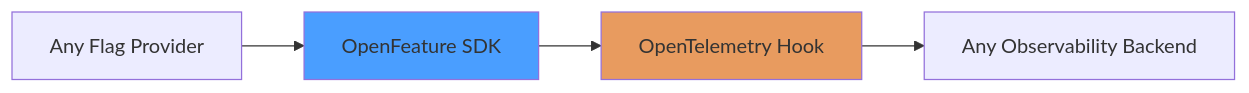
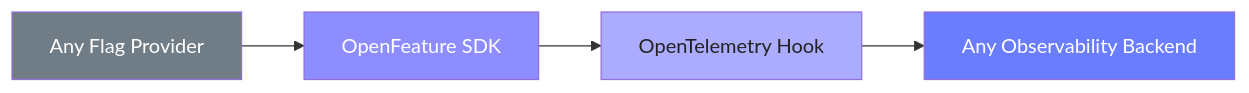
The third of 4 diagrams in slides.md (beeme1mr/kubecon-us-25-flag-observablity), drawn with Mermaid before and after one commit. The commit also changed other lines of this file and 11 other files, not shown here.

````diff
--- a/slides.md
+++ b/slides.md
@@ -1224,9 +1264,11 @@
 ```mermaid {scale: 0.8}
 graph LR
     A[Any Flag Provider] --> B[OpenFeature SDK]
     B --> C[OpenTelemetry Hook]
     C --> D[Any Observability Backend]
-    
-    style B fill:#4a9eff
-    style C fill:#e89b5f
+
+    style A fill:#707D86,color:#fff
+    style B fill:#8D8DFF,color:#fff
+    style C fill:#ABABFF,color:#222
+    style D fill:#6B7DFF,color:#fff
 ```
````
